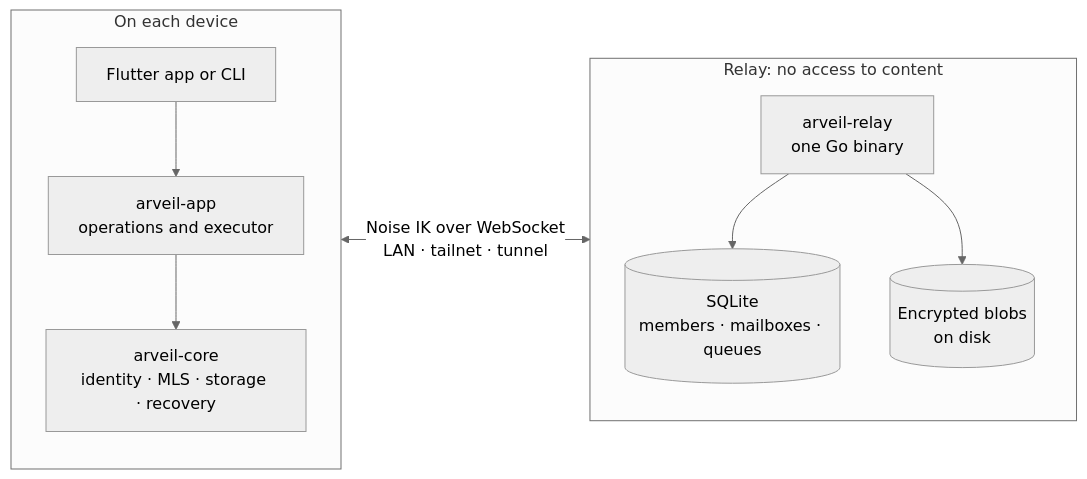
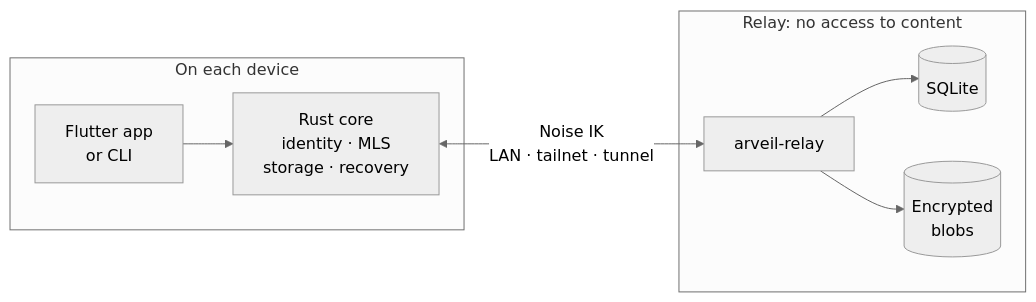
The diagram in README.md (Ulzuhan/arveil), drawn with Mermaid (neutral theme) before and after one commit. The commit also changed other lines of this file, not shown here.

Commit message:
docs(readme): a compact architecture diagram

````diff
--- a/README.md
+++ b/README.md
@@ -134,14 +134,11 @@
 ```mermaid
 flowchart LR
   subgraph Device["On each device"]
-    direction TB
-    UI["Flutter app or CLI"] --> App["arveil-app<br/>operations and executor"]
-    App --> Core["arveil-core<br/>identity · MLS · storage · recovery"]
+    UI["Flutter app<br/>or CLI"] --> Core["Rust core<br/>identity · MLS<br/>storage · recovery"]
   end
   subgraph Realm["Relay: no access to content"]
-    direction TB
-    Relay["arveil-relay<br/>one Go binary"] --> DB[("SQLite<br/>members · mailboxes · queues")]
-    Relay --> Blobs[("Encrypted blobs<br/>on disk")]
+    Relay["arveil-relay"] --> DB[("SQLite")]
+    Relay --> Blobs[("Encrypted<br/>blobs")]
   end
-  Core <-->|"Noise IK over WebSocket<br/>LAN · tailnet · tunnel"| Relay
+  Core <-->|"Noise IK<br/>LAN · tailnet · tunnel"| Relay
 ```
````
